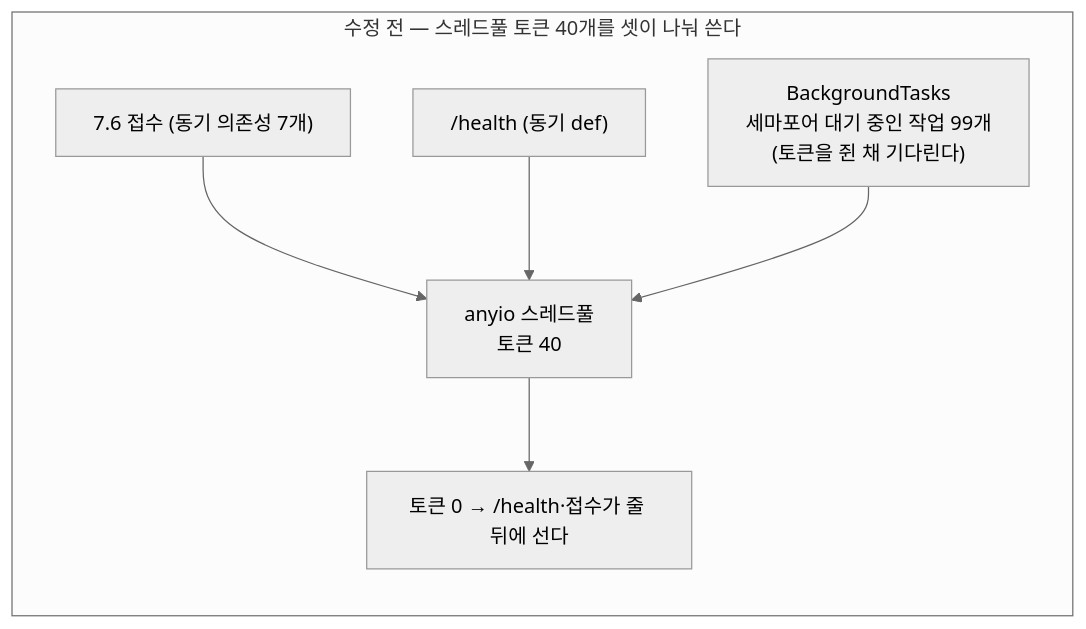
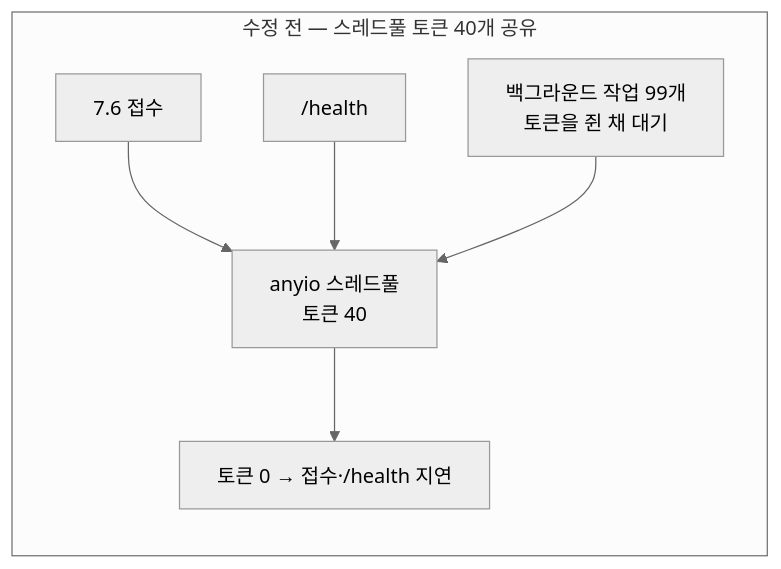
One commit to 100-hours-a-week/KTB4-12th-AI changed the second of 3 diagrams in profiling/docs/부하_시험_결과_2026-09-29.md. Above: the diagram before and after it, drawn with Mermaid (neutral theme). The commit also changed other lines of this file and 70 other files, not shown here.

````diff
--- a/profiling/docs/부하_시험_결과_2026-09-29.md
+++ b/profiling/docs/부하_시험_결과_2026-09-29.md
@@ -110,9 +110,9 @@
 ```mermaid
 flowchart LR
-  subgraph before["수정 전 — 스레드풀 토큰 40개를 셋이 나눠 쓴다"]
-    T1["7.6 접수 (동기 의존성 7개)"] --> P["anyio 스레드풀<br/>토큰 40"]
-    T2["/health (동기 def)"] --> P
-    T3["BackgroundTasks<br/>세마포어 대기 중인 작업 99개<br/>(토큰을 쥔 채 기다린다)"] --> P
-    P --> X["토큰 0 → /health·접수가 줄 뒤에 선다"]
+  subgraph before["수정 전 — 스레드풀 토큰 40개 공유"]
+    T1["7.6 접수"] --> P["anyio 스레드풀<br/>토큰 40"]
+    T2["/health"] --> P
+    T3["백그라운드 작업 99개<br/>토큰을 쥔 채 대기"] --> P
+    P --> X["토큰 0 → 접수·/health 지연"]
   end
 ```
````
